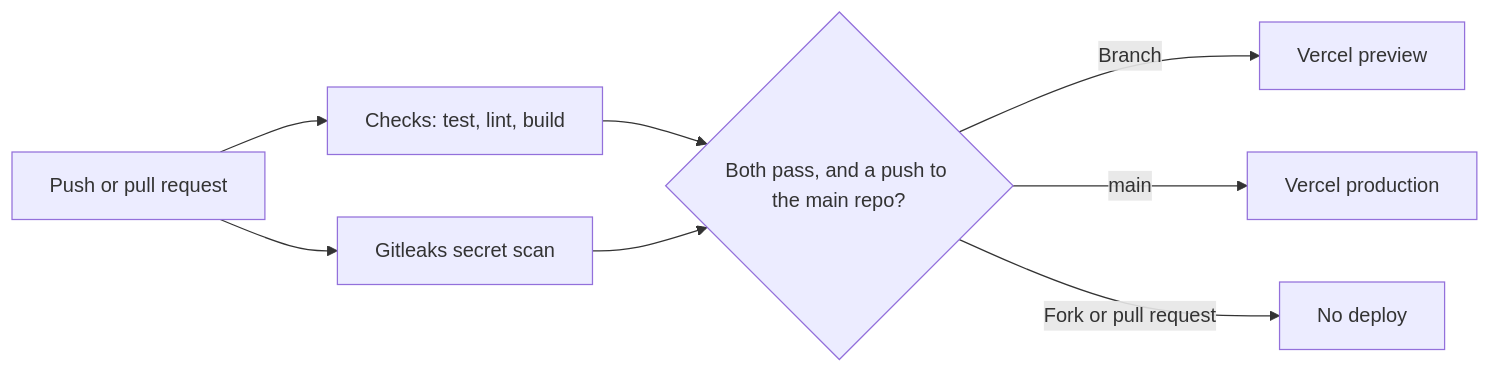
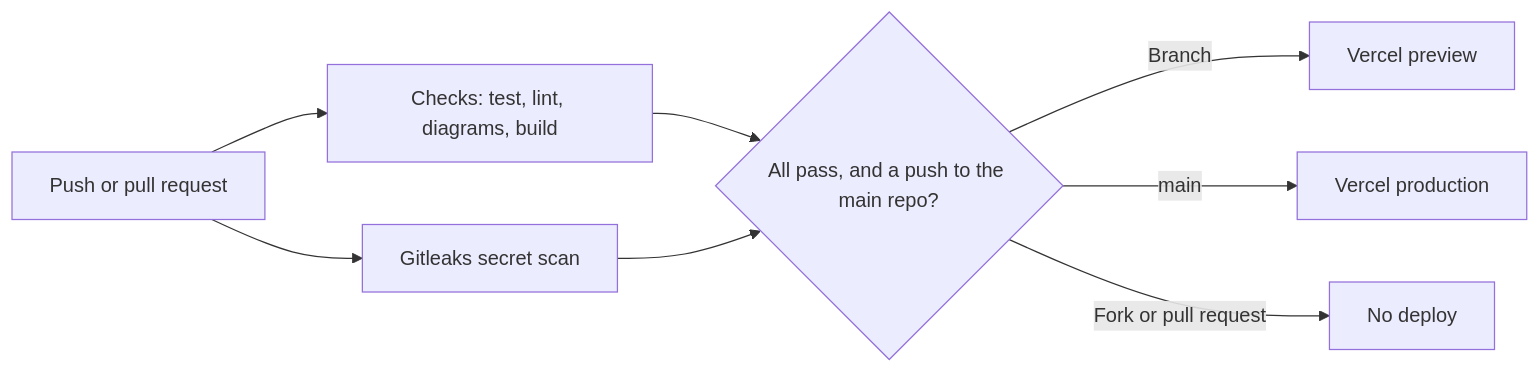
The diagram in docs/diagrams/11-delivery.mmd (Shabnam852/health-a-thon), drawn with Mermaid before and after one commit. The commit also changed 129 other files, not shown here.

```diff
--- a/docs/diagrams/11-delivery.mmd
+++ b/docs/diagrams/11-delivery.mmd
@@ -1,10 +1,10 @@
 flowchart LR
   accTitle: Delivery
-  accDescr: A push or pull request runs tests, lint, build and Gitleaks. If both pass on a push to the main repo, a branch deploys a Vercel preview and main deploys production. Forks and pull requests do not deploy.
-  P["Push or pull request"] --> C["Checks: test, lint, build"]
+  accDescr: A push or pull request runs tests, lint, diagram check, build and Gitleaks. If all pass on a push to the main repo, a branch deploys a Vercel preview and main deploys production. Forks and pull requests do not deploy.
+  P["Push or pull request"] --> C["Checks: test, lint, diagrams, build"]
   P --> G["Gitleaks secret scan"]
-  C --> Q{"Both pass, and a push to the main repo?"}
+  C --> Q{"All pass, and a push to the main repo?"}
   G --> Q
   Q -->|"Branch"| V["Vercel preview"]
   Q -->|"main"| R["Vercel production"]
   Q -->|"Fork or pull request"| N["No deploy"]
```
